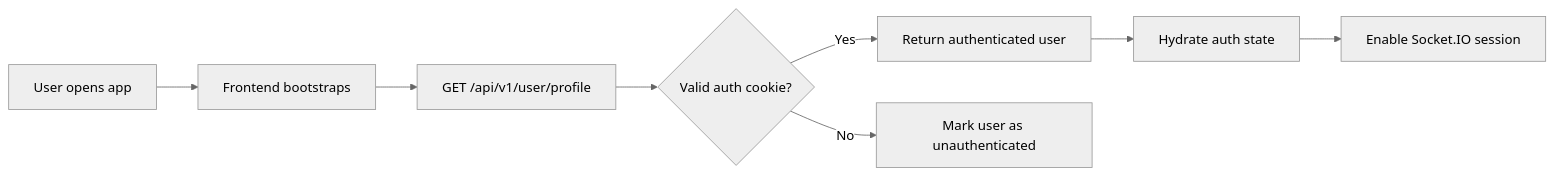
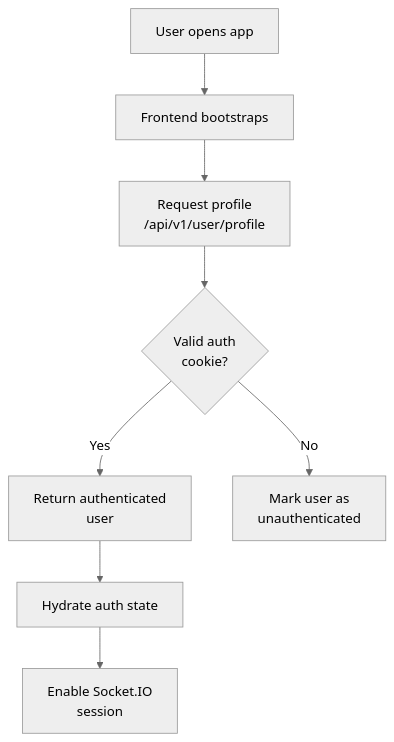
One commit to 009-KumarJi/NoviConnect changed the second of 11 diagrams in README.md. Above: the diagram before and after it, drawn with Mermaid (neutral theme). The commit also changed other lines of this file, not shown here.

Commit message:
feat: enhance README with updated flowcharts for authentication, OTP signup, secure messaging, and attachment processes

````diff
--- a/README.md
+++ b/README.md
@@ -325,10 +325,15 @@
 ```mermaid
-flowchart LR
-    A[User opens app] --> B[Frontend bootstraps]
-    B --> C[GET /api/v1/user/profile]
-    C --> D{Valid auth cookie?}
-    D -- Yes --> E[Return authenticated user]
-    E --> F[Hydrate auth state]
-    F --> G[Enable Socket.IO session]
-    D -- No --> H[Mark user as unauthenticated]
+flowchart TB
+    A[User opens app]
+    B[Frontend bootstraps]
+    C[Request profile<br/>/api/v1/user/profile]
+    D{Valid auth<br/>cookie?}
+    E[Return authenticated<br/>user]
+    F[Hydrate auth state]
+    G[Enable Socket.IO<br/>session]
+    H[Mark user as<br/>unauthenticated]
+
+    A --> B --> C --> D
+    D -- Yes --> E --> F --> G
+    D -- No --> H
 ```
````
